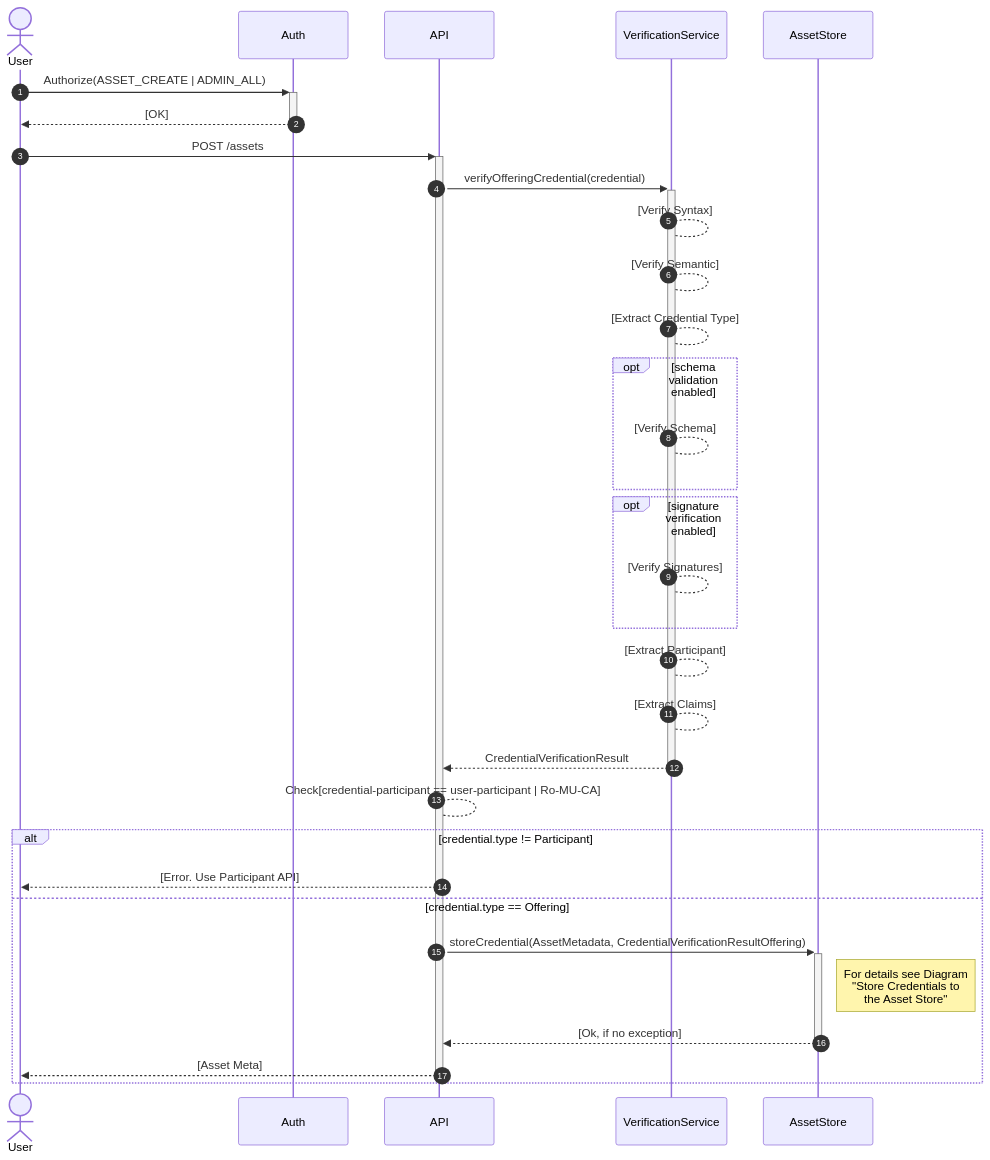
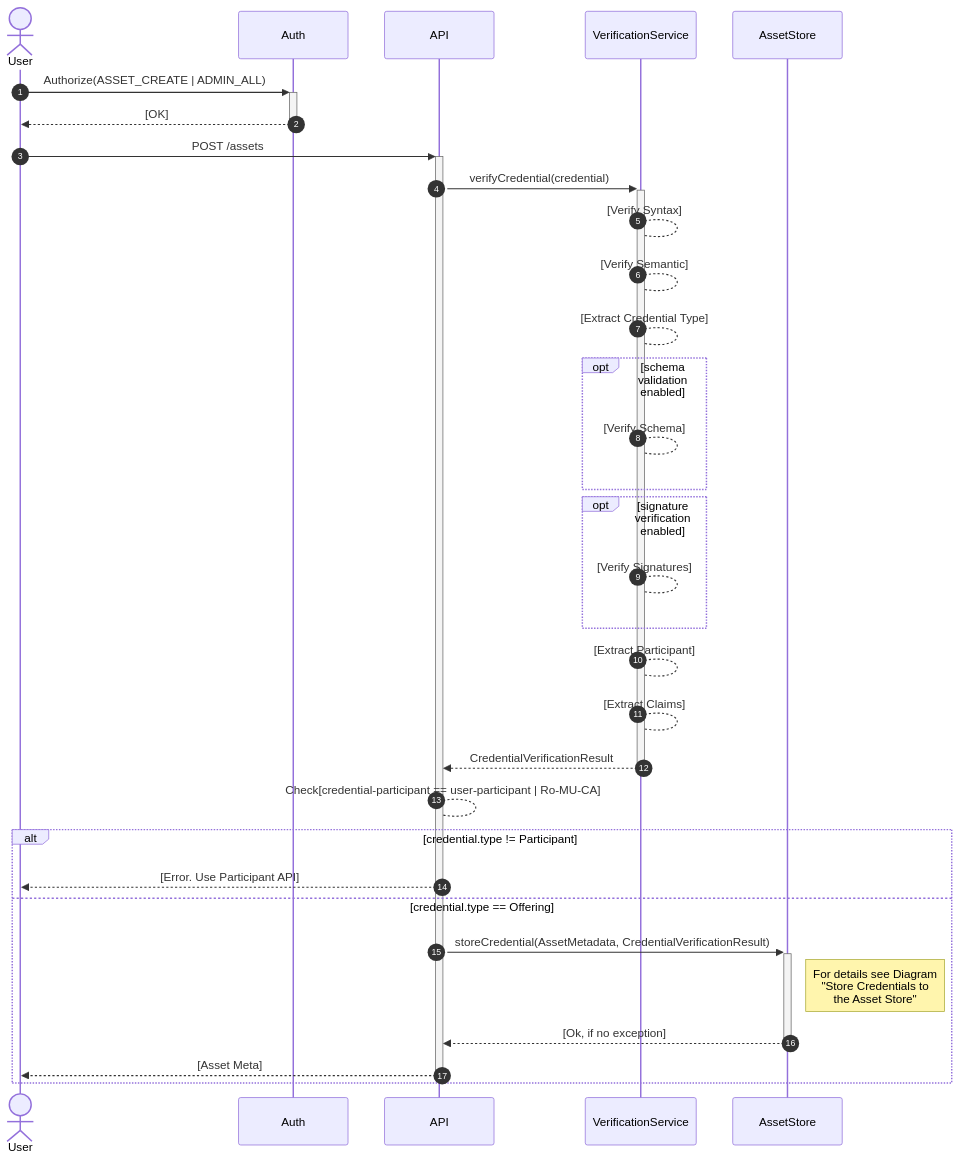
One commit to federated-catalogue-enhancements-2026/docs changed diagram 17 of 44 in federated-catalogue/src/docs/architecture/chapters/06_runtime_view.adoc. Above: the diagram before and after it, drawn with Mermaid. The commit also changed other lines of this file and 3 other files, not shown here.

```diff
--- a/federated-catalogue/src/docs/architecture/chapters/06_runtime_view.adoc
+++ b/federated-catalogue/src/docs/architecture/chapters/06_runtime_view.adoc
@@ -589,35 +589,35 @@
 [mermaid, width=2000]
 ....
 sequenceDiagram
     autonumber
     actor User
     participant Auth
     participant API
     participant VerificationService
     participant AssetStore as AssetStore
     User ->> + Auth:Authorize(ASSET_CREATE | ADMIN_ALL)
     Auth -->> - User:[OK]
     User ->> + API:POST /assets
-    API ->> + VerificationService:verifyOfferingCredential(credential)
+    API ->> + VerificationService:verifyCredential(credential)
     VerificationService --> VerificationService:[Verify Syntax]
     VerificationService --> VerificationService:[Verify Semantic]
     VerificationService --> VerificationService:[Extract Credential Type]
     opt schema validation enabled
         VerificationService --> VerificationService:[Verify Schema]
     end
     opt signature verification enabled
         VerificationService --> VerificationService:[Verify Signatures]
     end
     VerificationService --> VerificationService:[Extract Participant]
     VerificationService --> VerificationService:[Extract Claims]
     VerificationService -->> - API:CredentialVerificationResult
     API --> API:Check[credential-participant == user-participant | Ro-MU-CA]
     alt credential.type != Participant
         API -->> User: [Error. Use Participant API]
     else credential.type == Offering
-        API ->> + AssetStore: storeCredential(AssetMetadata, CredentialVerificationResultOffering)
+        API ->> + AssetStore: storeCredential(AssetMetadata, CredentialVerificationResult)
     Note right of AssetStore: For details see Diagram <br /> "Store Credentials to <br /> the Asset Store"
         AssetStore -->> - API: [Ok, if no exception]
         API -->> - User:[Asset Meta]
     end
 ....
```
